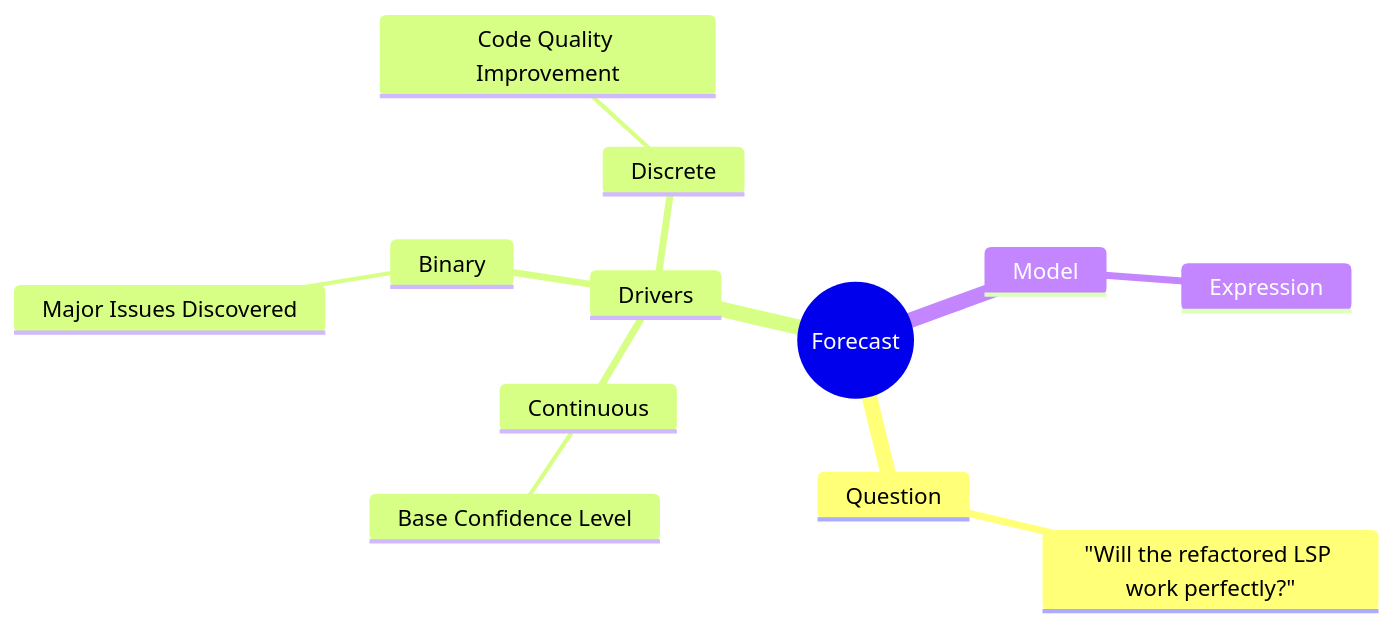
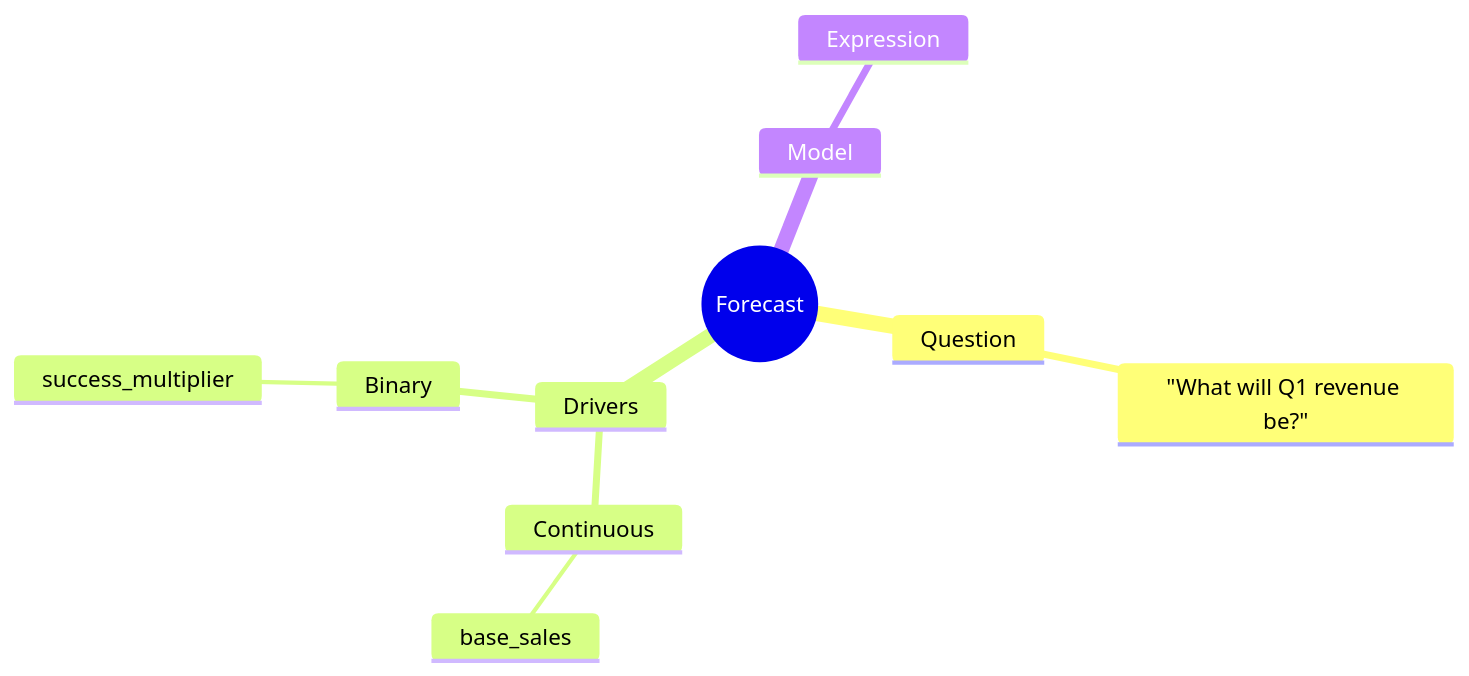
The diagram in results/prototype/charts/mindmap.mmd (Replicant-Partners/fermi), drawn with Mermaid before and after one commit. The commit also changed 24 other files, not shown here.

```diff
--- a/results/prototype/charts/mindmap.mmd
+++ b/results/prototype/charts/mindmap.mmd
@@ -1,35 +1,33 @@
 %%{
   init: {
     'theme': 'base',
     'themeVariables': {
       'primaryColor': '#5CCFE6',
       'primaryTextColor': '#CBCCC6',
       'primaryBorderColor': '#5C6773',
       'lineColor': '#FFCC66',
       'secondaryColor': '#BAE67E',
       'tertiaryColor': '#FFAE57',
       'background': '#1F2430',
       'mainBkg': '#1F2430',
       'secondBkg': '#1F2430',
       'tertiaryBkg': '#1F2430',
       'textColor': '#CBCCC6',
       'border1': '#5C6773',
       'border2': '#5C6773',
       'arrowheadColor': '#FFCC66',
       'fontFamily': 'ui-monospace, "Cascadia Code", "Source Code Pro", Menlo, Consolas, "DejaVu Sans Mono", monospace',
       'fontSize': '14px'
     }
   }
 }%%mindmap
   root((Forecast))
     Question
-      "Will the refactored LSP work perfectly?"
+      "What will Q1 revenue be?"
     Drivers
       Continuous
-        Base Confidence Level
+        base_sales
       Binary
-        Major Issues Discovered
-      Discrete
-        Code Quality Improvement
+        success_multiplier
     Model
       Expression
```
